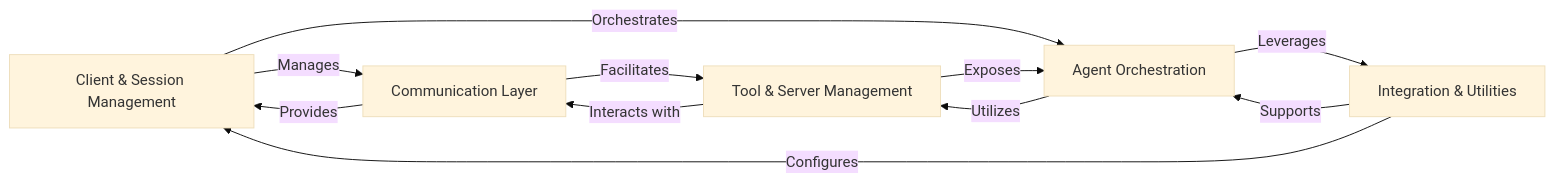
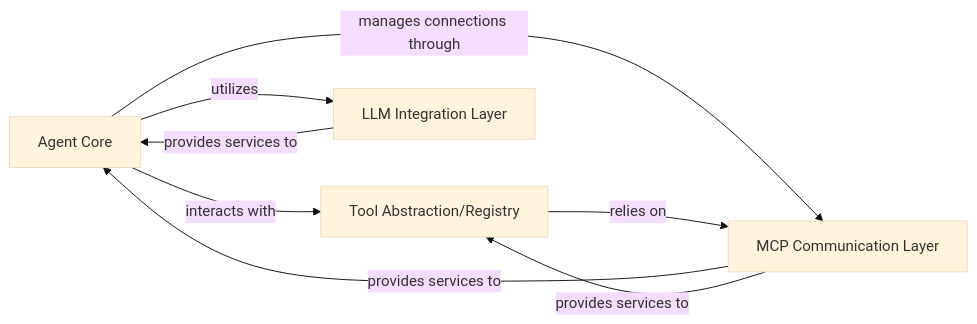
The diagram in mcp-use/on_boarding.md (CodeBoarding/GeneratedOnBoardings), drawn with Mermaid (base theme) before and after one commit. The commit also changed other lines of this file and 8 other files, not shown here.

````diff
--- a/mcp-use/on_boarding.md
+++ b/mcp-use/on_boarding.md
@@ -1,22 +1,18 @@
 ```mermaid
 graph LR
-    Client_Session_Management["Client & Session Management"]
-    Agent_Orchestration["Agent Orchestration"]
-    Communication_Layer["Communication Layer"]
-    Tool_Server_Management["Tool & Server Management"]
-    Integration_Utilities["Integration & Utilities"]
-    Client_Session_Management -- "Manages" --> Communication_Layer
-    Client_Session_Management -- "Orchestrates" --> Agent_Orchestration
-    Agent_Orchestration -- "Utilizes" --> Tool_Server_Management
-    Agent_Orchestration -- "Leverages" --> Integration_Utilities
-    Communication_Layer -- "Provides" --> Client_Session_Management
-    Communication_Layer -- "Facilitates" --> Tool_Server_Management
-    Tool_Server_Management -- "Interacts with" --> Communication_Layer
-    Tool_Server_Management -- "Exposes" --> Agent_Orchestration
-    Integration_Utilities -- "Supports" --> Agent_Orchestration
-    Integration_Utilities -- "Configures" --> Client_Session_Management
-    click Client_Session_Management href "https://github.com/CodeBoarding/GeneratedOnBoardings/blob/main/mcp-use/Client_Session_Management.md" "Details"
-    click Agent_Orchestration href "https://github.com/CodeBoarding/GeneratedOnBoardings/blob/main/mcp-use/Agent_Orchestration.md" "Details"
-    click Communication_Layer href "https://github.com/CodeBoarding/GeneratedOnBoardings/blob/main/mcp-use/Communication_Layer.md" "Details"
-    click Integration_Utilities href "https://github.com/CodeBoarding/GeneratedOnBoardings/blob/main/mcp-use/Integration_Utilities.md" "Details"
+    Agent_Core["Agent Core"]
+    MCP_Communication_Layer["MCP Communication Layer"]
+    Tool_Abstraction_Registry["Tool Abstraction/Registry"]
+    LLM_Integration_Layer["LLM Integration Layer"]
+    Agent_Core -- "utilizes" --> LLM_Integration_Layer
+    Agent_Core -- "interacts with" --> Tool_Abstraction_Registry
+    Agent_Core -- "manages connections through" --> MCP_Communication_Layer
+    MCP_Communication_Layer -- "provides services to" --> Agent_Core
+    MCP_Communication_Layer -- "provides services to" --> Tool_Abstraction_Registry
+    Tool_Abstraction_Registry -- "relies on" --> MCP_Communication_Layer
+    LLM_Integration_Layer -- "provides services to" --> Agent_Core
+    click Agent_Core href "https://github.com/CodeBoarding/GeneratedOnBoardings/blob/main/mcp-use/Agent_Core.md" "Details"
+    click MCP_Communication_Layer href "https://github.com/CodeBoarding/GeneratedOnBoardings/blob/main/mcp-use/MCP_Communication_Layer.md" "Details"
+    click Tool_Abstraction_Registry href "https://github.com/CodeBoarding/GeneratedOnBoardings/blob/main/mcp-use/Tool_Abstraction_Registry.md" "Details"
+    click LLM_Integration_Layer href "https://github.com/CodeBoarding/GeneratedOnBoardings/blob/main/mcp-use/LLM_Integration_Layer.md" "Details"
 ```
````
